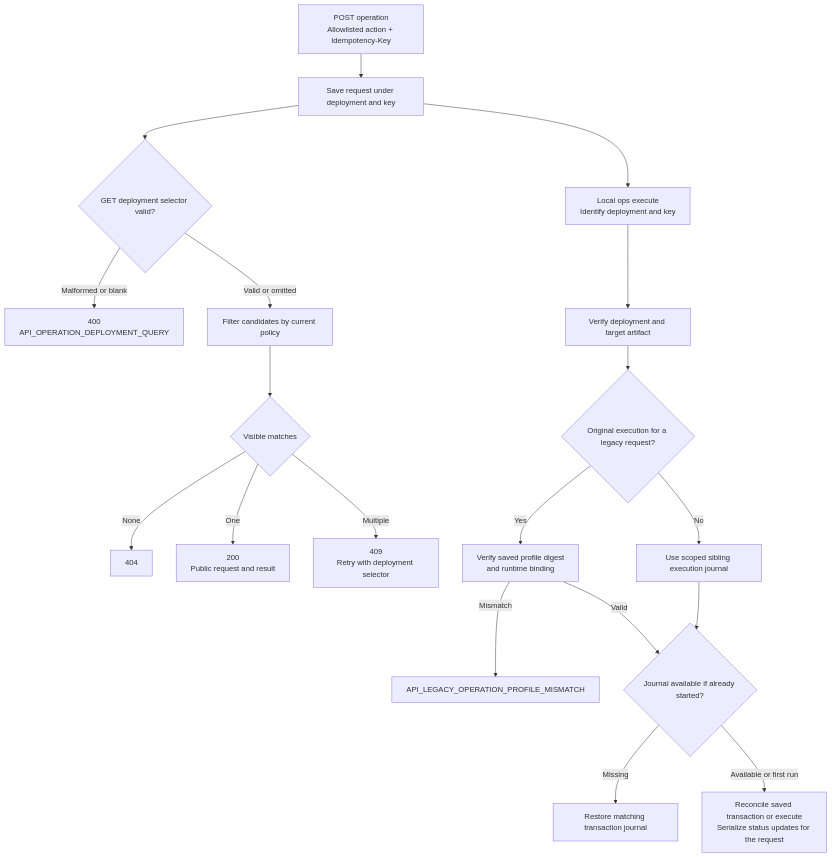
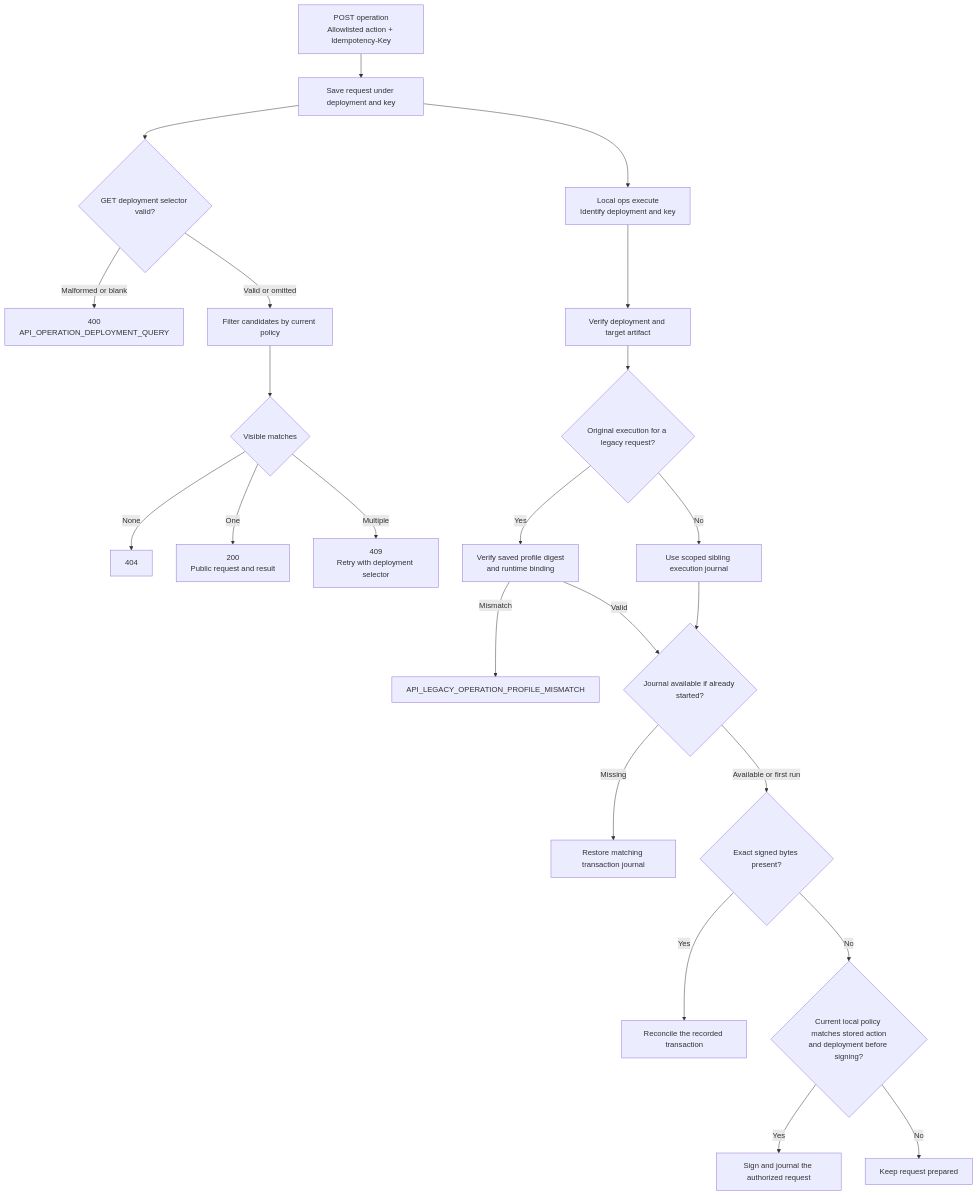
Before and after one commit to SergeyBelets/SatFiSetup: the second of 2 diagrams in docs/OPERATIONAL_API.md, drawn with Mermaid. The commit also changed other lines of this file and 364 other files, not shown here.

````diff
--- a/docs/OPERATIONAL_API.md
+++ b/docs/OPERATIONAL_API.md
@@ -79,23 +167,27 @@
 ```mermaid
 flowchart TD
     accTitle: Scoped Operational API requests and execution recovery
     accDescr: The HTTP lookup resolves visible operations after policy checks. The local worker checks the target artifact and reconciles the transaction using the journal for that request.
     PREPARE["POST operation<br/>Allowlisted action + Idempotency-Key"] --> KEY["Save request under deployment and key"]
     KEY --> QUERY{"GET deployment selector valid?"}
     QUERY -->|"Malformed or blank"| INVALID["400<br/>API_OPERATION_DEPLOYMENT_QUERY"]
     QUERY -->|"Valid or omitted"| READ["Filter candidates by current policy"]
     READ --> MATCH{"Visible matches"}
     MATCH -->|"None"| MISSING["404"]
     MATCH -->|"One"| PUBLIC["200<br/>Public request and result"]
     MATCH -->|"Multiple"| SELECT["409<br/>Retry with deployment selector"]
     KEY --> WORKER["Local ops execute<br/>Identify deployment and key"]
     WORKER --> VERIFY["Verify deployment and target artifact"]
     VERIFY --> JOURNAL{"Original execution for a legacy request?"}
     JOURNAL -->|"Yes"| LEGACY["Verify saved profile digest<br/>and runtime binding"]
     LEGACY -->|"Mismatch"| STOP["API_LEGACY_OPERATION_PROFILE_MISMATCH"]
     LEGACY -->|"Valid"| SAVED{"Journal available if already started?"}
     JOURNAL -->|"No"| NEW["Use scoped sibling execution journal"]
     NEW --> SAVED
     SAVED -->|"Missing"| RESTORE["Restore matching transaction journal"]
-    SAVED -->|"Available or first run"| EXECUTE["Reconcile saved transaction or execute<br/>Serialize status updates for the request"]
+    SAVED -->|"Available or first run"| SIGNED{"Exact signed bytes present?"}
+    SIGNED -->|"Yes"| RECONCILE["Reconcile the recorded transaction"]
+    SIGNED -->|"No"| POLICY{"Current local policy matches stored action<br/>and deployment before signing?"}
+    POLICY -->|"Yes"| EXECUTE["Sign and journal the authorized request"]
+    POLICY -->|"No"| REVOKED["Keep request prepared"]
 ```
````
